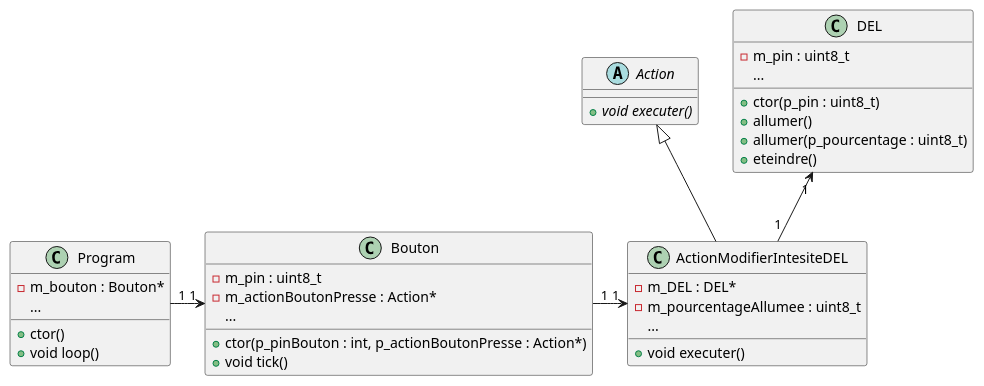
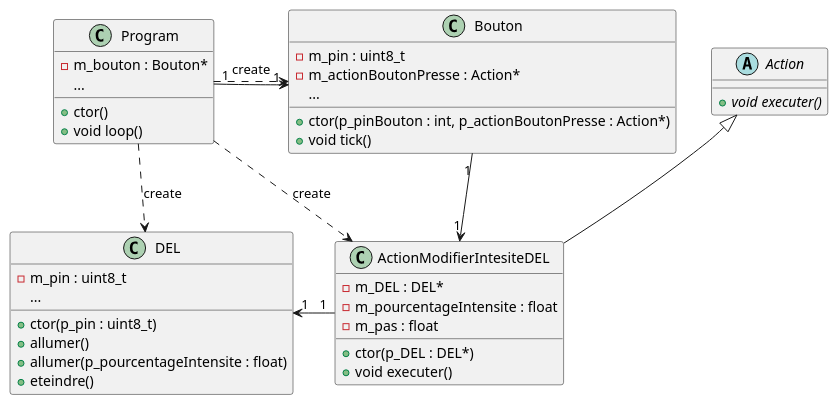
Before and after one commit to PiFou86/420-W48-SF: the diagram in Module06_ProgrammationEntreesNumeriques/wsd/diagramme_classes.wsd, drawn with PlantUML. The commit also changed 2 other files, not shown here.

Commit message:
Clarification du texte et du diagramme

```diff
--- a/Module06_ProgrammationEntreesNumeriques/wsd/diagramme_classes.wsd
+++ b/Module06_ProgrammationEntreesNumeriques/wsd/diagramme_classes.wsd
@@ -1,46 +1,49 @@
 @startuml dc_Bouton
 skinparam maxMessageSize 50
 
 class Program {
     - m_bouton : Bouton*
     ...
     + ctor()
     + void loop()
 }
 
 class Bouton {
     - m_pin : uint8_t
     - m_actionBoutonPresse : Action*
     ...
     + ctor(p_pinBouton : int, p_actionBoutonPresse : Action*)
     + void tick()
 }
 
 abstract class Action {
     + void executer() {abstract}
 }
 
 class ActionModifierIntesiteDEL {
     - m_DEL : DEL*
-    - m_pourcentageAllumee : uint8_t
-    ...
+    - m_pourcentageIntensite : float
+    - m_pas : float
+    + ctor(p_DEL : DEL*)
     + void executer()
 }
 
 Action <|-- ActionModifierIntesiteDEL
 
 class DEL {
     - m_pin : uint8_t
     ...
     + ctor(p_pin : uint8_t)
     + allumer()
-    + allumer(p_pourcentage : uint8_t)
+    + allumer(p_pourcentageIntensite : float)
     + eteindre()
 }
 
-DEL "1" <-- "1" ActionModifierIntesiteDEL
+DEL "1" <-right- "1" ActionModifierIntesiteDEL
 Bouton "1" <-left- "1" Program
 ActionModifierIntesiteDEL "1" <-left- "1" Bouton
-
+Program ..> DEL : create
+Program ..> Bouton : create
+Program ..> ActionModifierIntesiteDEL : create
 
 @enduml
```
